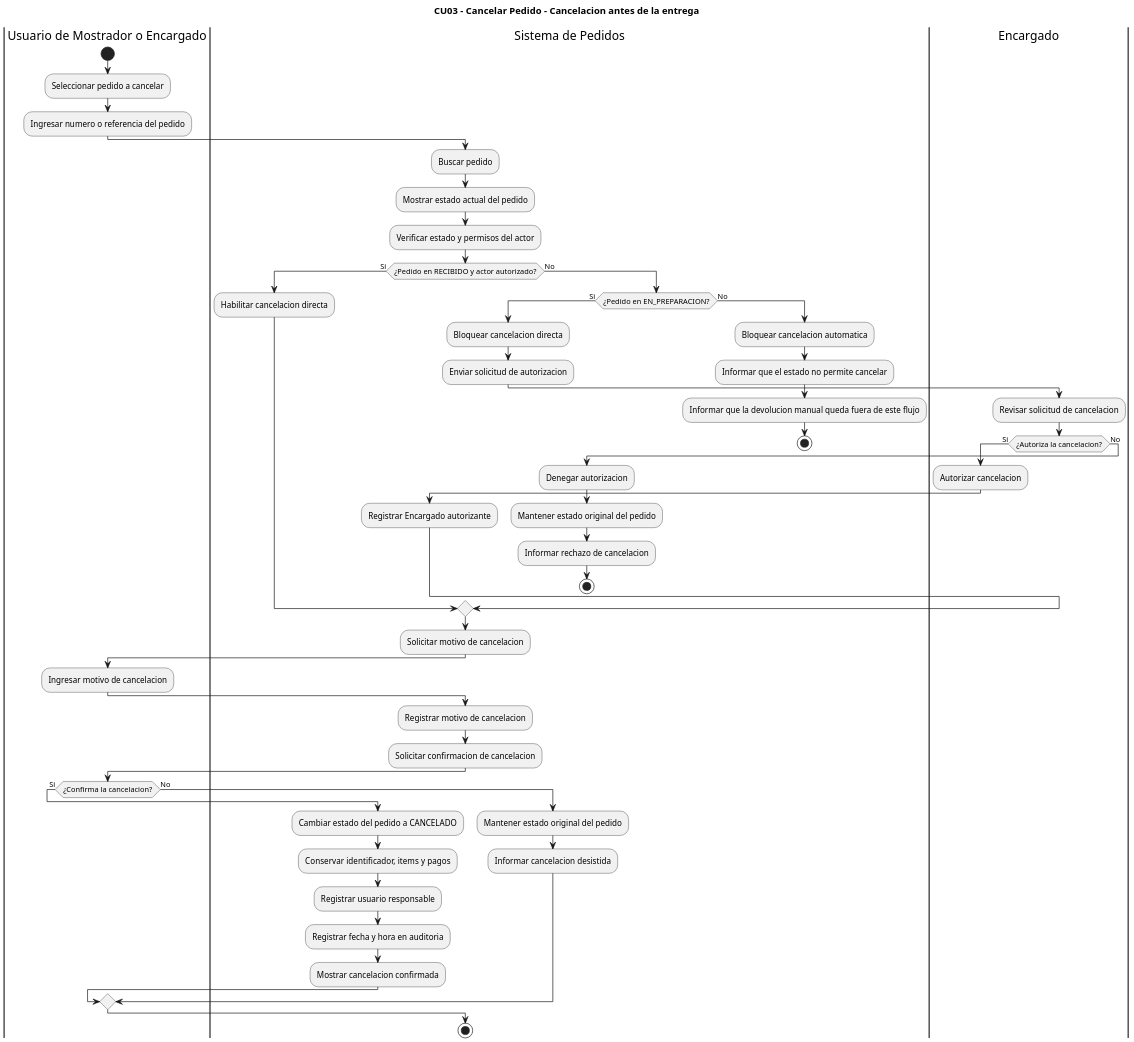
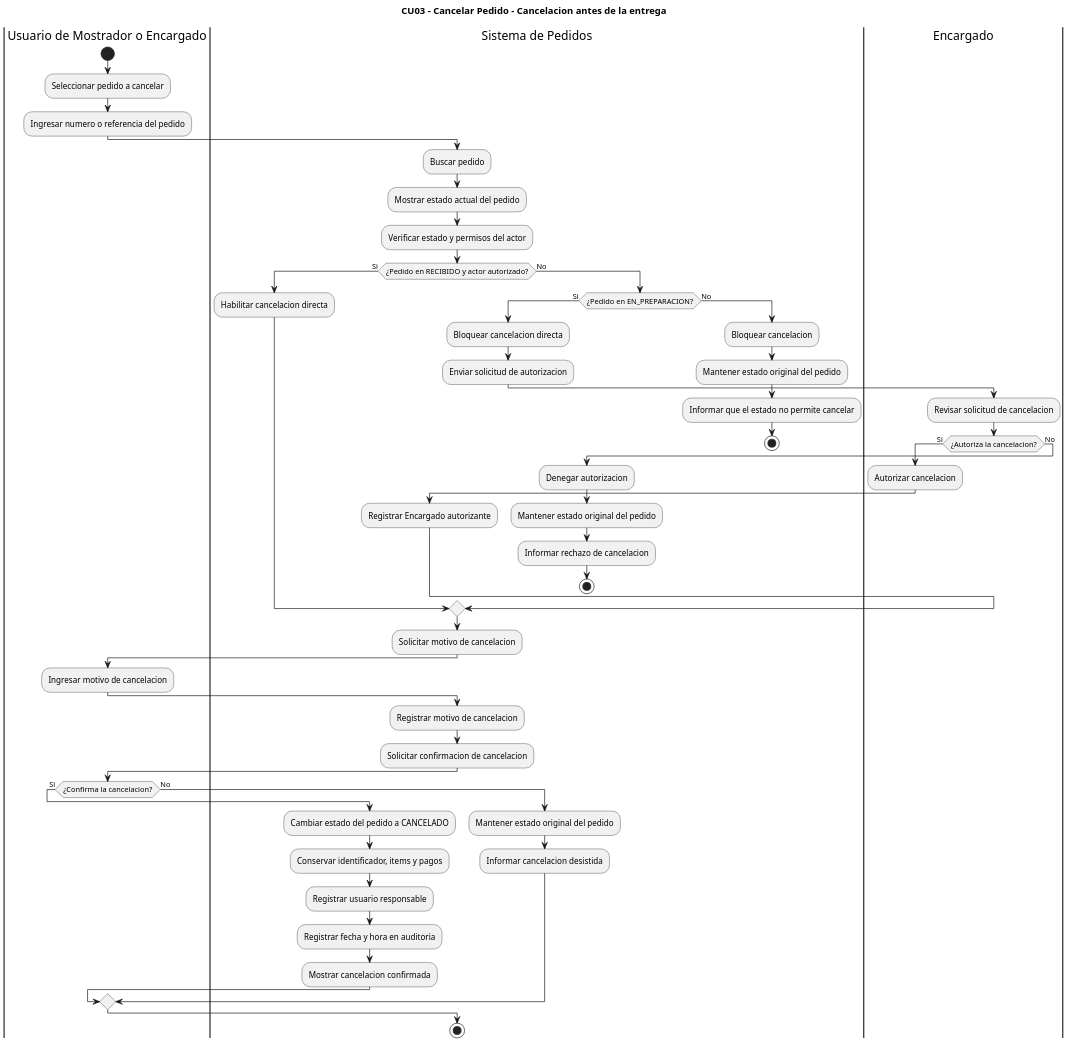
One commit to eloeyhe/SistemaPedidos changed the diagram in diagramas/04-diagramas-actividades/04-actividad-cancelar-pedido-03.puml. Above: the diagram before and after it, drawn with PlantUML. The commit also changed 10 other files, not shown here.

```diff
--- a/diagramas/04-diagramas-actividades/04-actividad-cancelar-pedido-03.puml
+++ b/diagramas/04-diagramas-actividades/04-actividad-cancelar-pedido-03.puml
@@ -1,69 +1,69 @@
 @startuml
 title CU03 - Cancelar Pedido - Cancelacion antes de la entrega
 skinparam dpi 150
 skinparam shadowing false
 
 |Usuario de Mostrador o Encargado|
 start
 :Seleccionar pedido a cancelar;
 :Ingresar numero o referencia del pedido;
 
 |Sistema de Pedidos|
 :Buscar pedido;
 :Mostrar estado actual del pedido;
 :Verificar estado y permisos del actor;
 
 if (¿Pedido en RECIBIDO y actor autorizado?) then (Si)
   :Habilitar cancelacion directa;
 else (No)
   if (¿Pedido en EN_PREPARACION?) then (Si)
     :Bloquear cancelacion directa;
     :Enviar solicitud de autorizacion;
     |Encargado|
     :Revisar solicitud de cancelacion;
     if (¿Autoriza la cancelacion?) then (Si)
       :Autorizar cancelacion;
       |Sistema de Pedidos|
       :Registrar Encargado autorizante;
     else (No)
       :Denegar autorizacion;
       |Sistema de Pedidos|
       :Mantener estado original del pedido;
       :Informar rechazo de cancelacion;
       stop
     endif
   else (No)
-    :Bloquear cancelacion automatica;
+    :Bloquear cancelacion;
+    :Mantener estado original del pedido;
     :Informar que el estado no permite cancelar;
-    :Informar que la devolucion manual queda fuera de este flujo;
     stop
   endif
 endif
 
 |Sistema de Pedidos|
 :Solicitar motivo de cancelacion;
 
 |Usuario de Mostrador o Encargado|
 :Ingresar motivo de cancelacion;
 
 |Sistema de Pedidos|
 :Registrar motivo de cancelacion;
 :Solicitar confirmacion de cancelacion;
 
 |Usuario de Mostrador o Encargado|
 if (¿Confirma la cancelacion?) then (Si)
   |Sistema de Pedidos|
 :Cambiar estado del pedido a CANCELADO;
 :Conservar identificador, items y pagos;
 :Registrar usuario responsable;
 :Registrar fecha y hora en auditoria;
 :Mostrar cancelacion confirmada;
 
 else (No)
   |Sistema de Pedidos|
   :Mantener estado original del pedido;
   :Informar cancelacion desistida;
 endif
 
 stop
 @enduml
```
